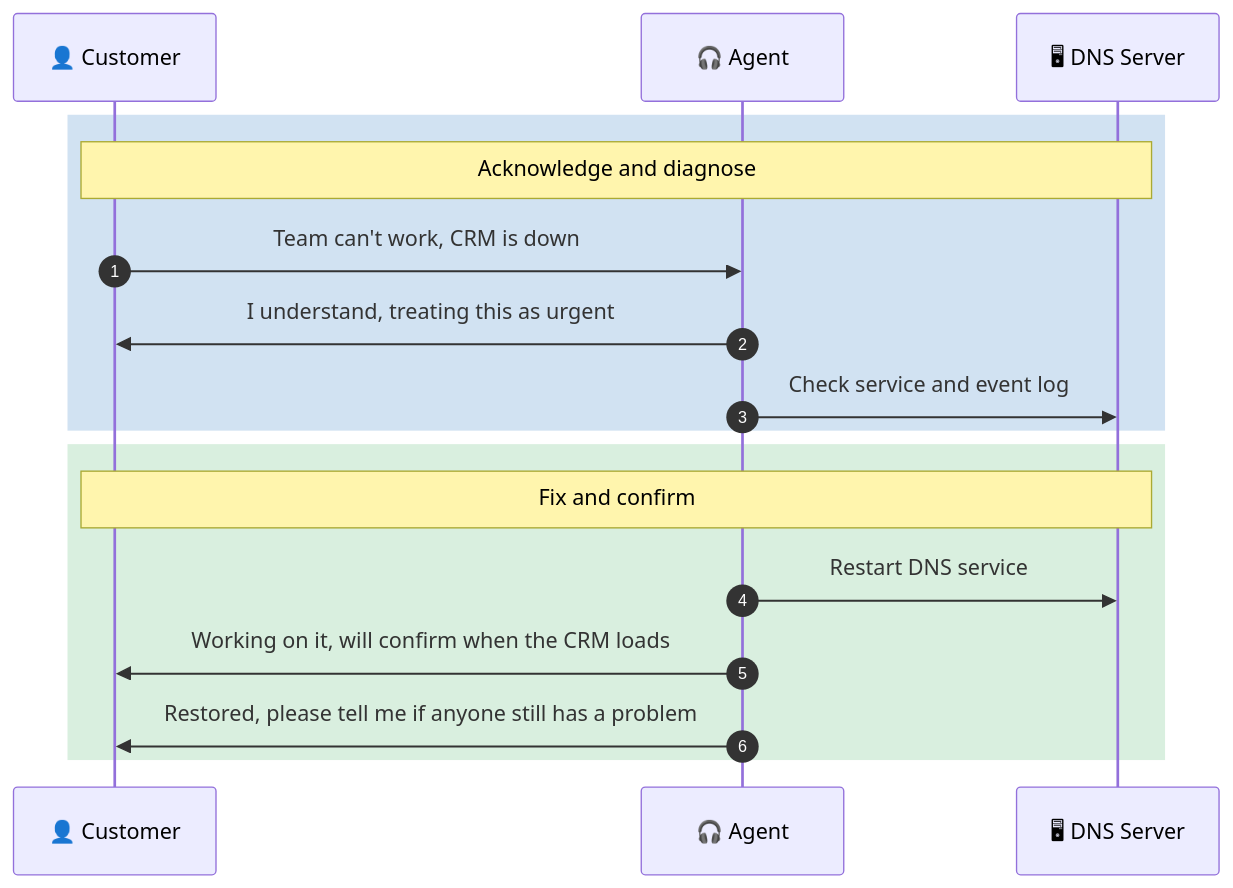
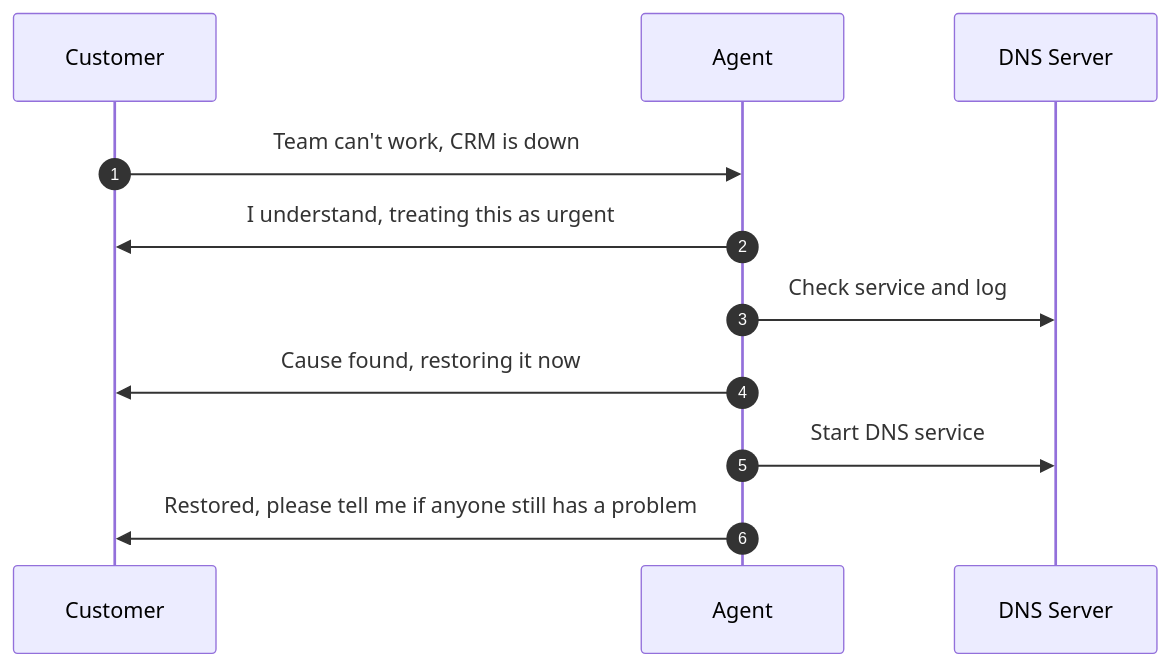
One commit to malaika-azhar/Customer-Tech-Support-Portfolio changed the fourth of 5 diagrams in 02-Ticket-simulations/02.1-DNS-Ticket.md. Above: the diagram before and after it, drawn with Mermaid. The commit also changed other lines of this file, not shown here.

````diff
--- a/02-Ticket-simulations/02.1-DNS-Ticket.md
+++ b/02-Ticket-simulations/02.1-DNS-Ticket.md
@@ -385,21 +394,13 @@
 ```mermaid
 sequenceDiagram
     autonumber
-    participant C as 👤 Customer
-    participant A as 🎧 Agent
-    participant S as 🖥 DNS Server
-
-    rect rgba(0, 94, 184, 0.18)
-    Note over C,S: Acknowledge and diagnose
+    participant C as Customer
+    participant A as Agent
+    participant S as DNS Server
     C->>A: Team can't work, CRM is down
     A->>C: I understand, treating this as urgent
-    A->>S: Check service and event log
-    end
-
-    rect rgba(46, 164, 79, 0.18)
-    Note over C,S: Fix and confirm
-    A->>S: Restart DNS service
-    A->>C: Working on it, will confirm when the CRM loads
+    A->>S: Check service and log
+    A->>C: Cause found, restoring it now
+    A->>S: Start DNS service
     A->>C: Restored, please tell me if anyone still has a problem
-    end
 ```
````
